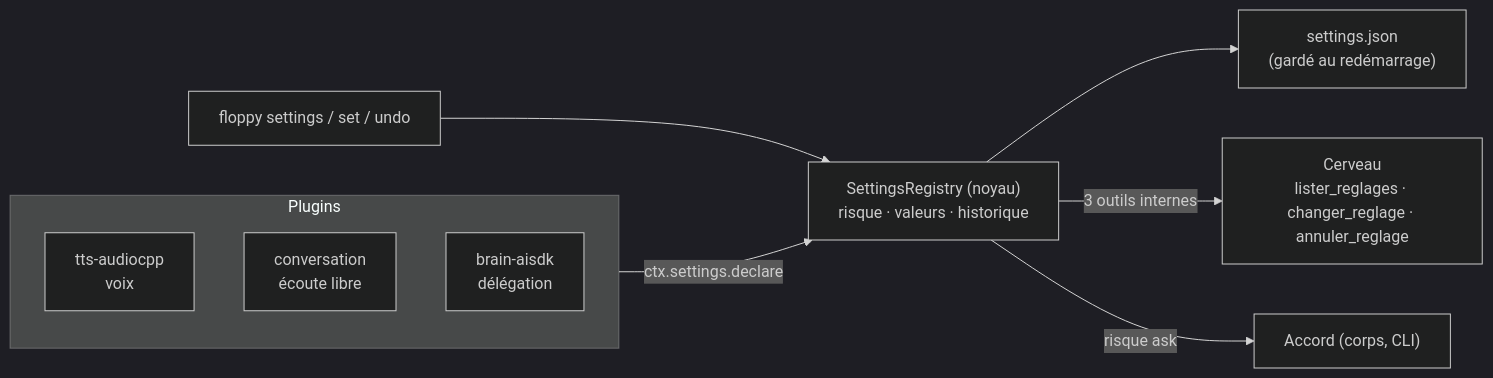
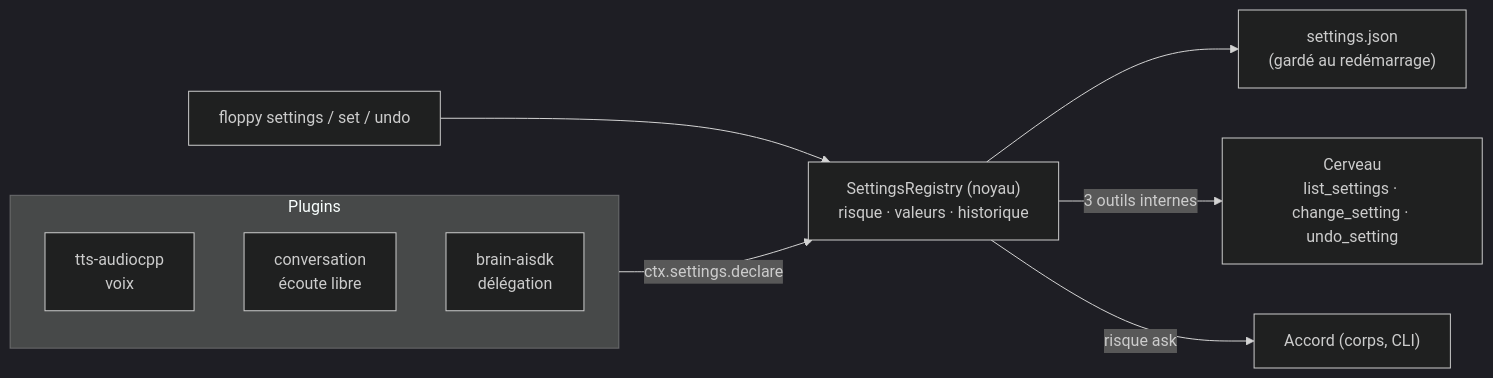
The first of 4 diagrams in docs/spec/reglages.md (gleborgne/floppy), drawn with Mermaid (dark theme) before and after one commit. The commit also changed other lines of this file and 169 other files, not shown here.

````diff
--- a/docs/spec/reglages.md
+++ b/docs/spec/reglages.md
@@ -11,13 +11,13 @@
 ```mermaid
 flowchart LR
   subgraph PL["Plugins"]
     V["tts-audiocpp<br/>voix"]
     C["conversation<br/>écoute libre"]
     B["brain-aisdk<br/>délégation"]
   end
   PL -- "ctx.settings.declare" --> R["SettingsRegistry (noyau)<br/>risque · valeurs · historique"]
   R --> F["settings.json<br/>(gardé au redémarrage)"]
-  R -- "3 outils internes" --> BR["Cerveau<br/>lister_reglages · changer_reglage · annuler_reglage"]
+  R -- "3 outils internes" --> BR["Cerveau<br/>list_settings · change_setting · undo_setting"]
   CLI["floppy settings / set / undo"] --> R
   R -- "risque ask" --> AP["Accord (corps, CLI)"]
 ```
````
